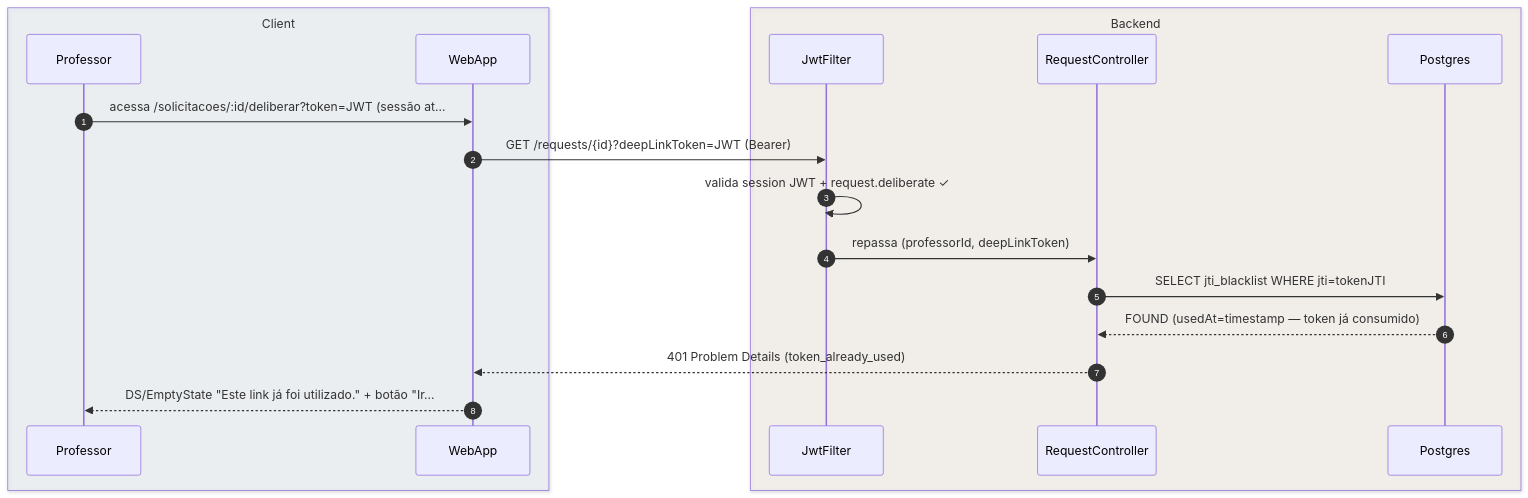
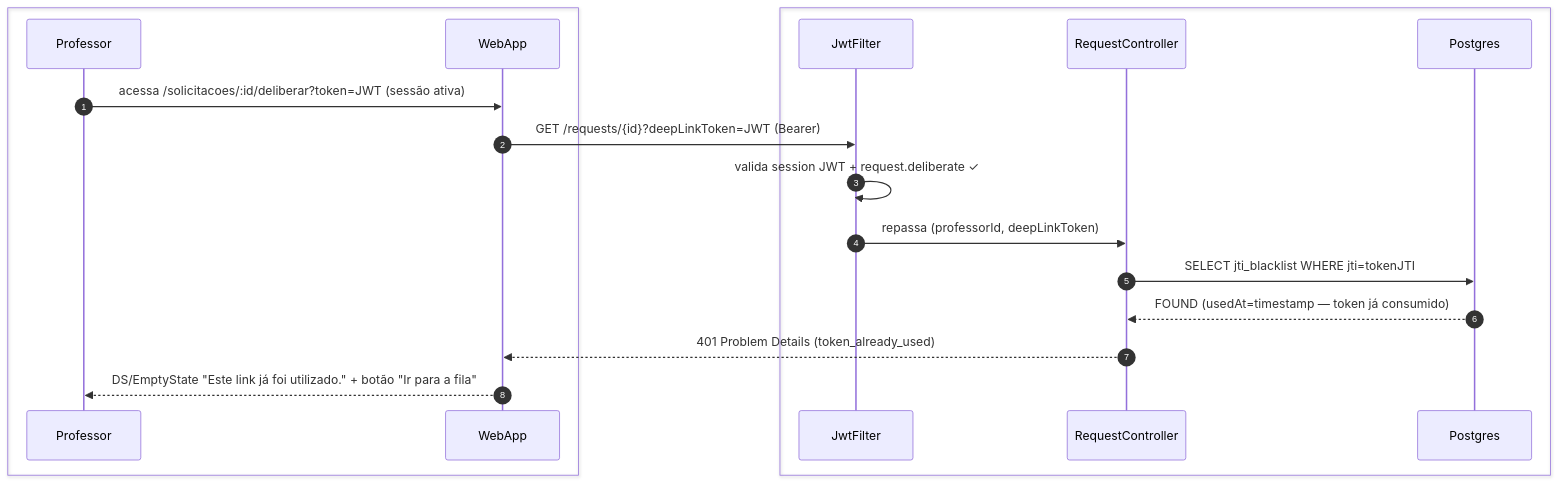
One commit to umishell/secretariaOnline2 changed the fifth of 6 diagrams in foundationDocs/sequenceDiagrams/F3 — Professor/US-F3-003-DELIBERAR-SOLICITACOES.md. Above: the diagram before and after it, drawn with Mermaid. The commit also changed other lines of this file and 70 other files, not shown here.

First line of the commit message:
Enhance database documentation and introduce new schema files

````diff
--- a/foundationDocs/sequenceDiagrams/F3 — Professor/US-F3-003-DELIBERAR-SOLICITACOES.md
+++ b/foundationDocs/sequenceDiagrams/F3 — Professor/US-F3-003-DELIBERAR-SOLICITACOES.md
@@ -231,22 +231,22 @@
 ```mermaid
 sequenceDiagram
     autonumber
-    box rgba(230,245,255,0.3) Client
+    box #e8f4fc Cliente
         participant Professor
         participant WebApp
     end
-    box rgba(255,245,230,0.3) Backend
+    box #fff8ee Servidor
         participant JwtFilter
         participant RequestController
         participant Postgres
     end
 
-    Professor->>WebApp: acessa /solicitacoes/:id/deliberar?token=JWT (sessão at…
+    Professor->>WebApp: acessa /solicitacoes/:id/deliberar?token=JWT (sessão ativa)
     WebApp->>JwtFilter: GET /requests/{id}?deepLinkToken=JWT (Bearer)
     JwtFilter->>JwtFilter: valida session JWT + request.deliberate ✓
     JwtFilter->>RequestController: repassa (professorId, deepLinkToken)
     RequestController->>Postgres: SELECT jti_blacklist WHERE jti=tokenJTI
     Postgres-->>RequestController: FOUND (usedAt=timestamp — token já consumido)
     RequestController-->>WebApp: 401 Problem Details (token_already_used)
-    WebApp-->>Professor: DS/EmptyState "Este link já foi utilizado." + botão "Ir…
+    WebApp-->>Professor: DS/EmptyState "Este link já foi utilizado." + botão "Ir para a fila"
 ```
````
